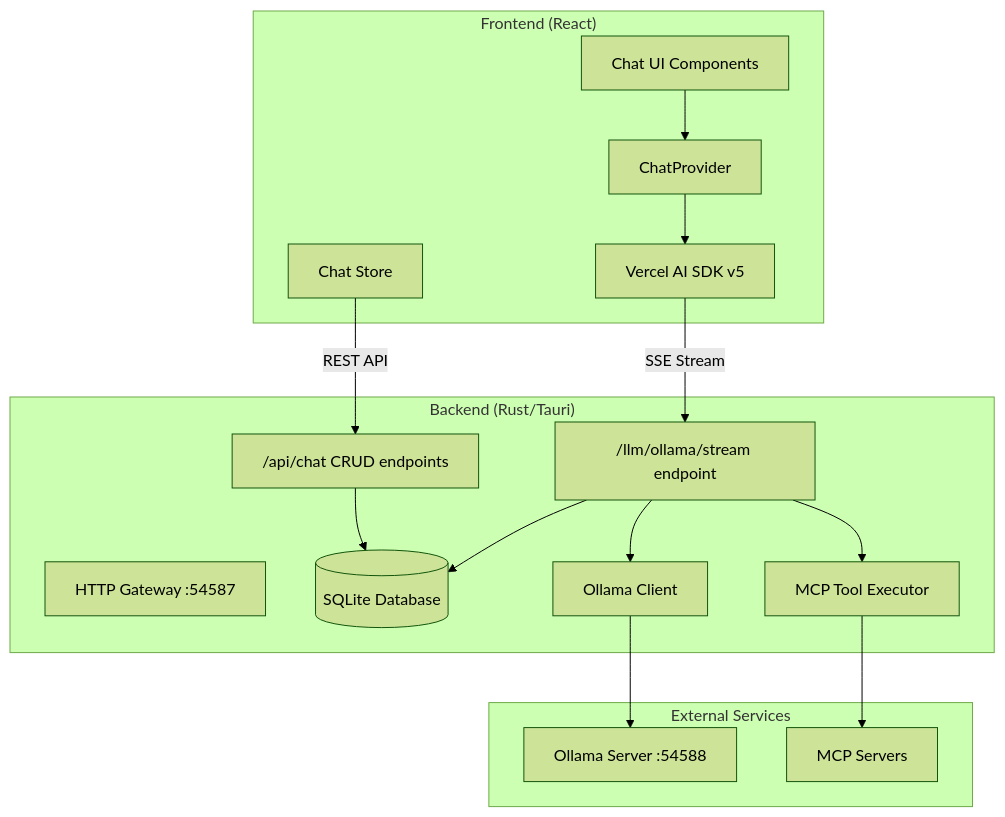
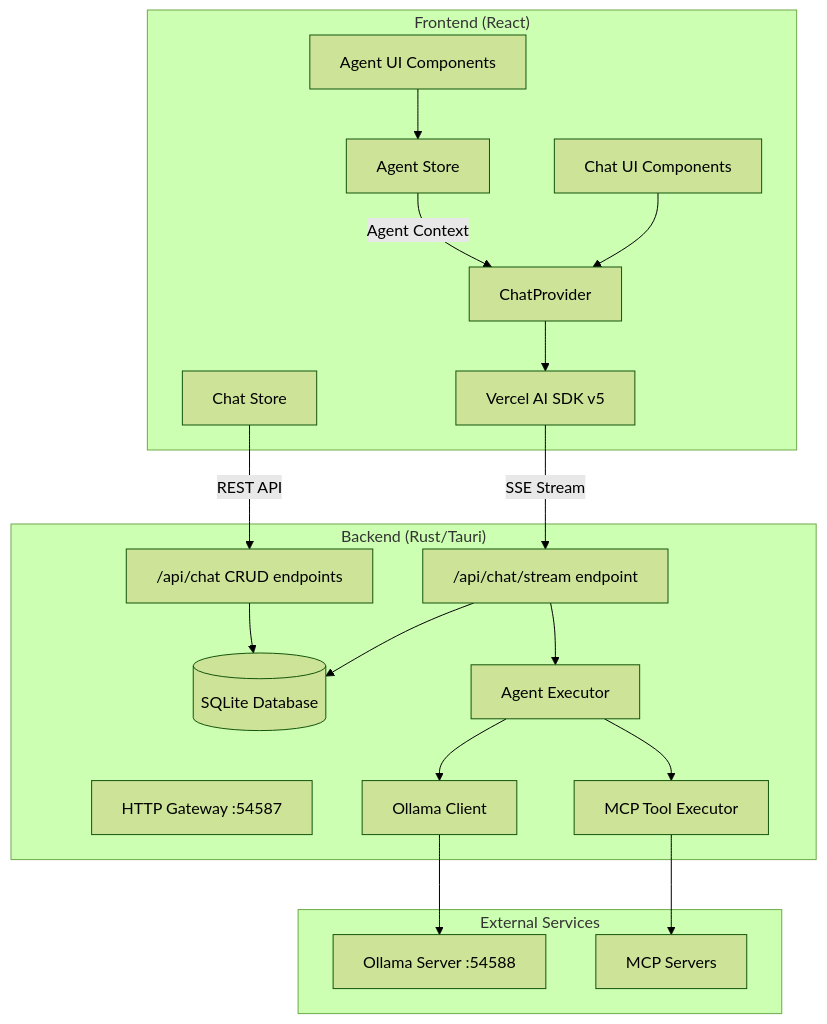
The first of 3 diagrams in desktop/chat-architecture.md (archestra-ai/prototypes), drawn with Mermaid (forest theme) before and after one commit. The commit also changed other lines of this file and 1 other file, not shown here.

First line of the commit message:
docs: update CLAUDE.md and chat-architecture.md for agent system

````diff
--- a/desktop/chat-architecture.md
+++ b/desktop/chat-architecture.md
@@ -9,37 +9,43 @@
 ```mermaid
 graph TB
     subgraph "Frontend (React)"
         UI[Chat UI Components]
+        AUI[Agent UI Components]
         CP[ChatProvider]
         SDK[Vercel AI SDK v5]
         CS[Chat Store]
+        AS[Agent Store]
     end
 
     subgraph "Backend (Rust/Tauri)"
         GW[HTTP Gateway :54587]
-        CHAT["/llm/ollama/stream endpoint"]
+        STREAM["/api/chat/stream endpoint"]
         CRUD["/api/chat CRUD endpoints"]
         DB[(SQLite Database)]
+        AE[Agent Executor]
         MCP[MCP Tool Executor]
         OC[Ollama Client]
     end
 
     subgraph "External Services"
         OLLAMA[Ollama Server :54588]
         MCPS[MCP Servers]
     end
 
     UI --> CP
+    AUI --> AS
     CP --> SDK
-    SDK --> |"SSE Stream"| CHAT
+    SDK --> |"SSE Stream"| STREAM
     CS --> |"REST API"| CRUD
+    AS --> |"Agent Context"| CP
 
-    CHAT --> DB
-    CHAT --> MCP
-    CHAT --> OC
+    STREAM --> DB
+    STREAM --> AE
+    AE --> MCP
+    AE --> OC
 
     OC --> OLLAMA
     MCP --> MCPS
 
     CRUD --> DB
 ```
````
